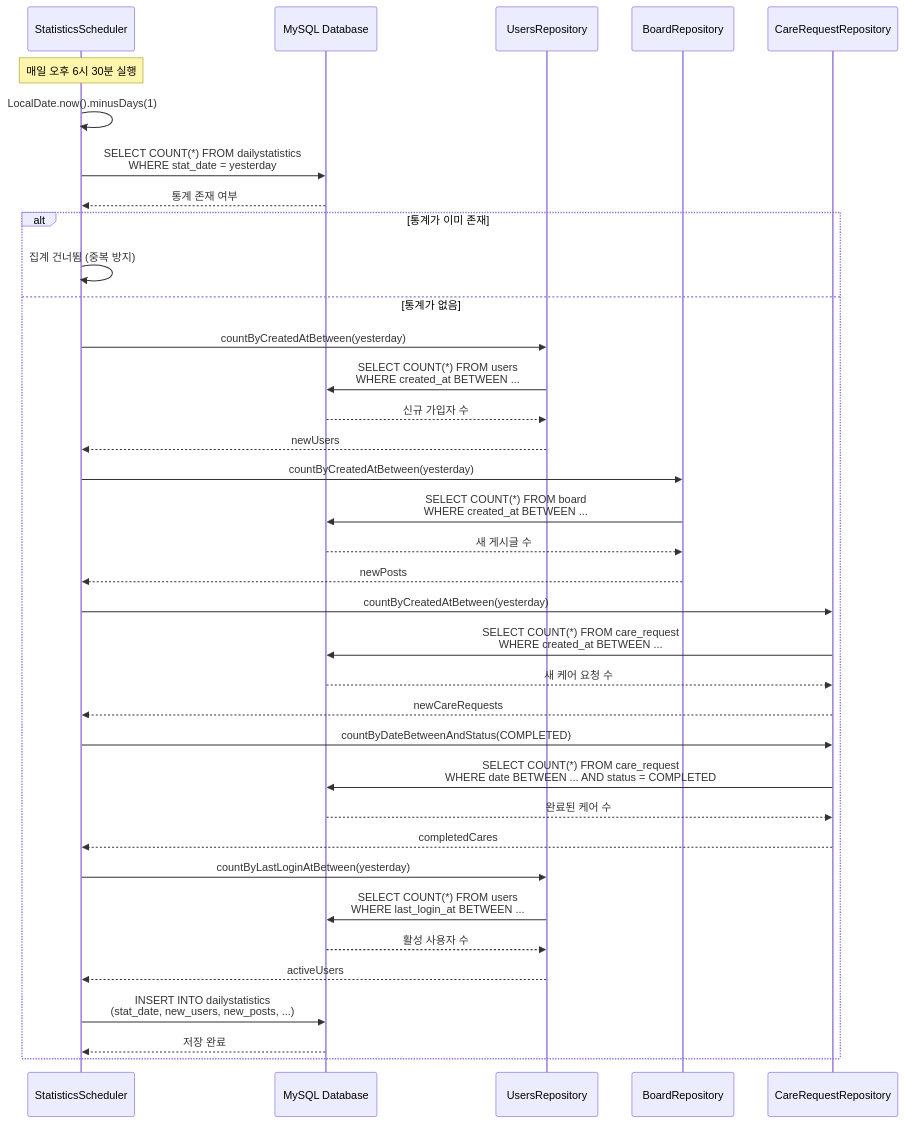
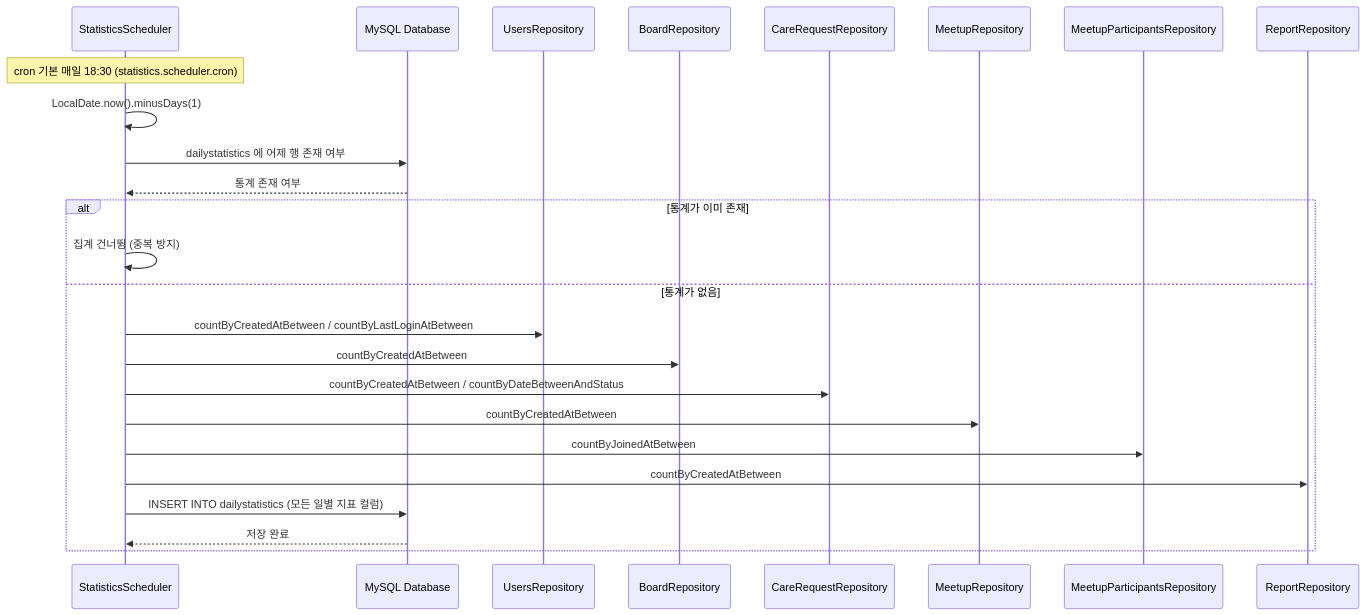
The second of 4 diagrams in docs/architecture/관리자 대시보드 & 통계 시스템 아키텍처.md (makkong1/Petory), drawn with Mermaid before and after one commit. The commit also changed other lines of this file and 12 other files, not shown here.

Commit message:
docs(architecture): 도메인 아키텍처 문서를 최신 코드·API와 동기화

````diff
--- a/docs/architecture/관리자 대시보드 & 통계 시스템 아키텍처.md
+++ b/docs/architecture/관리자 대시보드 & 통계 시스템 아키텍처.md
@@ -525,46 +532,30 @@
 ```mermaid
 sequenceDiagram
     participant Scheduler as StatisticsScheduler
     participant MySQL as MySQL Database
     participant UsersRepo as UsersRepository
     participant BoardRepo as BoardRepository
     participant CareRepo as CareRequestRepository
-    
-    Note over Scheduler: 매일 오후 6시 30분 실행
+    participant MeetupRepo as MeetupRepository
+    participant MeetupPartRepo as MeetupParticipantsRepository
+    participant ReportRepo as ReportRepository
+
+    Note over Scheduler: cron 기본 매일 18:30 (statistics.scheduler.cron)
     Scheduler->>Scheduler: LocalDate.now().minusDays(1)
-    
-    Scheduler->>MySQL: SELECT COUNT(*) FROM dailystatistics<br/>WHERE stat_date = yesterday
+
+    Scheduler->>MySQL: dailystatistics 에 어제 행 존재 여부
     MySQL-->>Scheduler: 통계 존재 여부
-    
+
     alt 통계가 이미 존재
         Scheduler->>Scheduler: 집계 건너뜀 (중복 방지)
     else 통계가 없음
-        Scheduler->>UsersRepo: countByCreatedAtBetween(yesterday)
-        UsersRepo->>MySQL: SELECT COUNT(*) FROM users<br/>WHERE created_at BETWEEN ...
-        MySQL-->>UsersRepo: 신규 가입자 수
-        UsersRepo-->>Scheduler: newUsers
-        
-        Scheduler->>BoardRepo: countByCreatedAtBetween(yesterday)
-        BoardRepo->>MySQL: SELECT COUNT(*) FROM board<br/>WHERE created_at BETWEEN ...
-        MySQL-->>BoardRepo: 새 게시글 수
-        BoardRepo-->>Scheduler: newPosts
-        
-        Scheduler->>CareRepo: countByCreatedAtBetween(yesterday)
-        CareRepo->>MySQL: SELECT COUNT(*) FROM care_request<br/>WHERE created_at BETWEEN ...
-        MySQL-->>CareRepo: 새 케어 요청 수
-        CareRepo-->>Scheduler: newCareRequests
-        
-        Scheduler->>CareRepo: countByDateBetweenAndStatus(COMPLETED)
-        CareRepo->>MySQL: SELECT COUNT(*) FROM care_request<br/>WHERE date BETWEEN ... AND status = COMPLETED
-        MySQL-->>CareRepo: 완료된 케어 수
-        CareRepo-->>Scheduler: completedCares
-        
-        Scheduler->>UsersRepo: countByLastLoginAtBetween(yesterday)
-        UsersRepo->>MySQL: SELECT COUNT(*) FROM users<br/>WHERE last_login_at BETWEEN ...
-        MySQL-->>UsersRepo: 활성 사용자 수
-        UsersRepo-->>Scheduler: activeUsers
-        
-        Scheduler->>MySQL: INSERT INTO dailystatistics<br/>(stat_date, new_users, new_posts, ...)
+        Scheduler->>UsersRepo: countByCreatedAtBetween / countByLastLoginAtBetween
+        Scheduler->>BoardRepo: countByCreatedAtBetween
+        Scheduler->>CareRepo: countByCreatedAtBetween / countByDateBetweenAndStatus
+        Scheduler->>MeetupRepo: countByCreatedAtBetween
+        Scheduler->>MeetupPartRepo: countByJoinedAtBetween
+        Scheduler->>ReportRepo: countByCreatedAtBetween
+        Scheduler->>MySQL: INSERT INTO dailystatistics (모든 일별 지표 컬럼)
         MySQL-->>Scheduler: 저장 완료
     end
 ```
````
